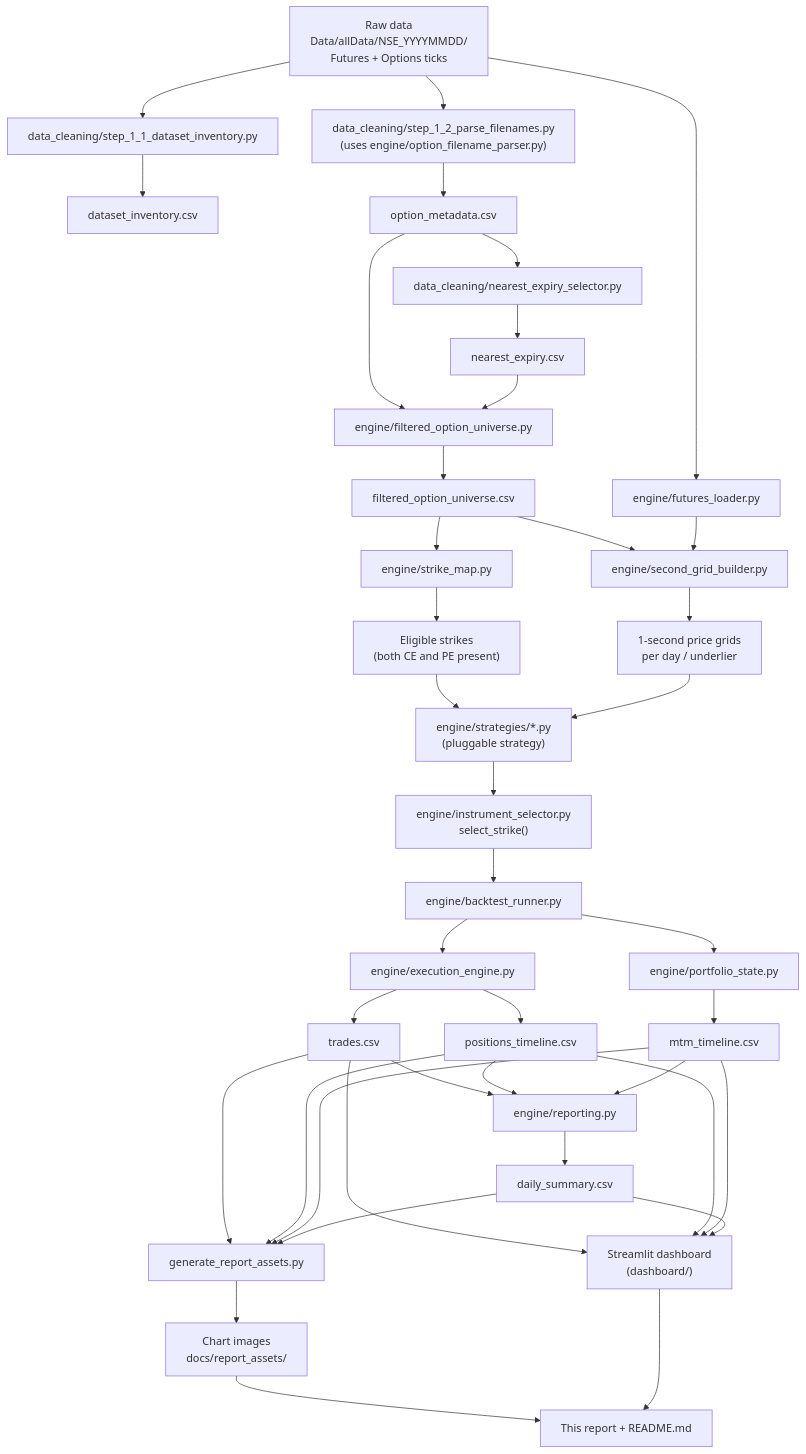
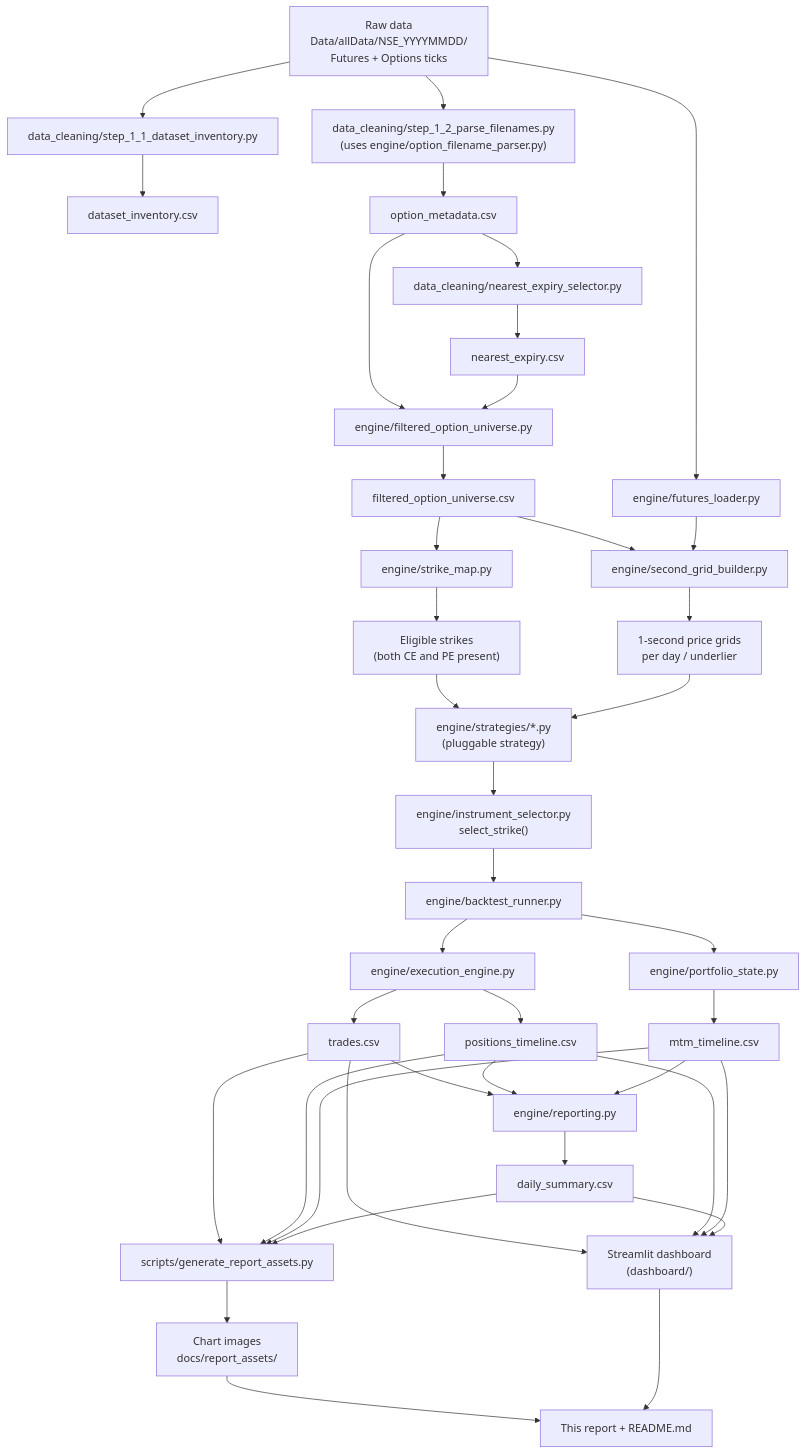
Before and after one commit to AKSHAT0604/Backtesting-Engine: the diagram in REPORT.md, drawn with Mermaid. The commit also changed other lines of this file and 7 other files, not shown here.

````diff
--- a/REPORT.md
+++ b/REPORT.md
@@ -21,56 +21,56 @@
 ```mermaid
 flowchart TD
     RAW["Raw data<br/>Data/allData/NSE_YYYYMMDD/<br/>Futures + Options ticks"]
 
     RAW --> S11["data_cleaning/step_1_1_dataset_inventory.py"]
     S11 --> INV["dataset_inventory.csv"]
 
     RAW --> S12["data_cleaning/step_1_2_parse_filenames.py<br/>(uses engine/option_filename_parser.py)"]
     S12 --> META["option_metadata.csv"]
 
     META --> NE["data_cleaning/nearest_expiry_selector.py"]
     NE --> NEC["nearest_expiry.csv"]
 
     META --> FOU["engine/filtered_option_universe.py"]
     NEC --> FOU
     FOU --> FUC["filtered_option_universe.csv"]
 
     FUC --> SM["engine/strike_map.py"]
     SM --> ELIG["Eligible strikes<br/>(both CE and PE present)"]
 
     RAW --> FL["engine/futures_loader.py"]
     FUC --> SGB["engine/second_grid_builder.py"]
     FL --> SGB
     SGB --> GRID["1-second price grids<br/>per day / underlier"]
 
     ELIG --> STRAT["engine/strategies/*.py<br/>(pluggable strategy)"]
     GRID --> STRAT
     STRAT --> SEL["engine/instrument_selector.py<br/>select_strike()"]
 
     SEL --> RUN["engine/backtest_runner.py"]
     RUN --> EXE["engine/execution_engine.py"]
     RUN --> PORT["engine/portfolio_state.py"]
 
     EXE --> TR["trades.csv"]
     EXE --> PT["positions_timeline.csv"]
     PORT --> MT["mtm_timeline.csv"]
 
     TR --> REP["engine/reporting.py"]
     PT --> REP
     MT --> REP
     REP --> DS["daily_summary.csv"]
 
-    TR --> ASSET["generate_report_assets.py"]
+    TR --> ASSET["scripts/generate_report_assets.py"]
     PT --> ASSET
     MT --> ASSET
     DS --> ASSET
     ASSET --> IMG["Chart images<br/>docs/report_assets/"]
 
     TR --> DASH["Streamlit dashboard<br/>(dashboard/)"]
     PT --> DASH
     MT --> DASH
     DS --> DASH
 
     IMG --> OUT["This report + README.md"]
     DASH --> OUT
 ```
````
